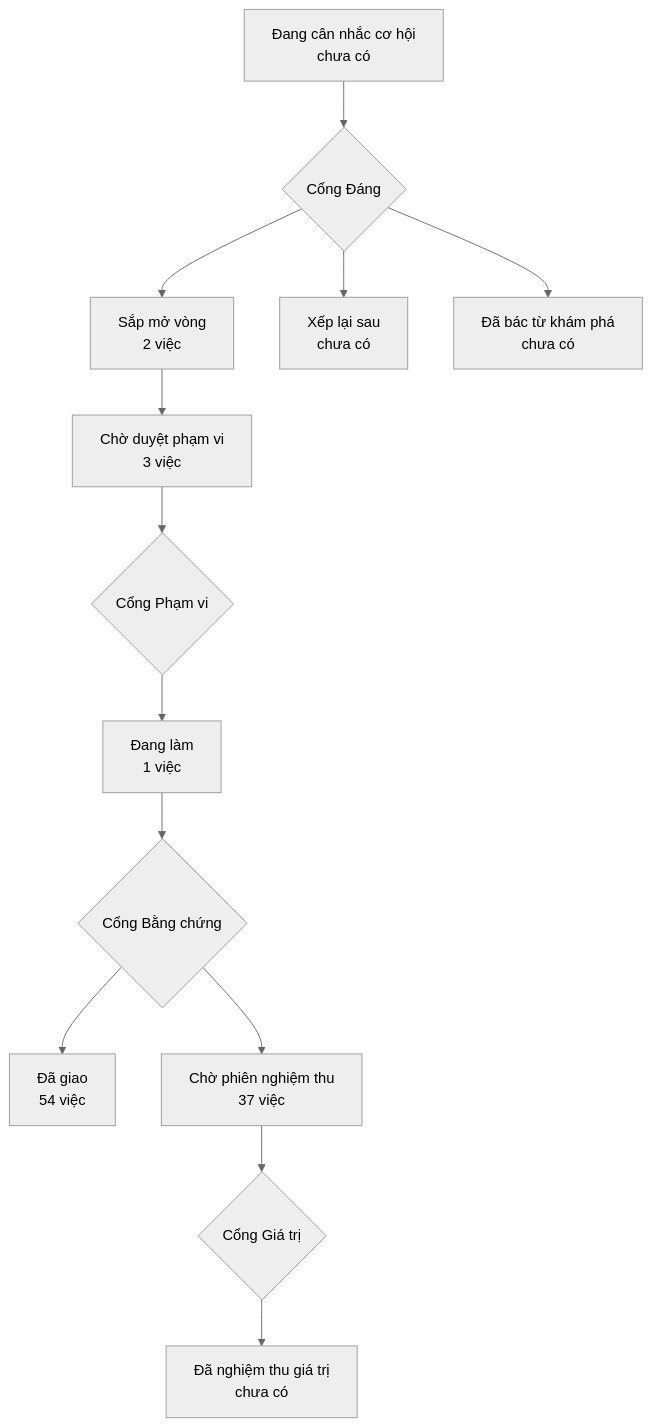
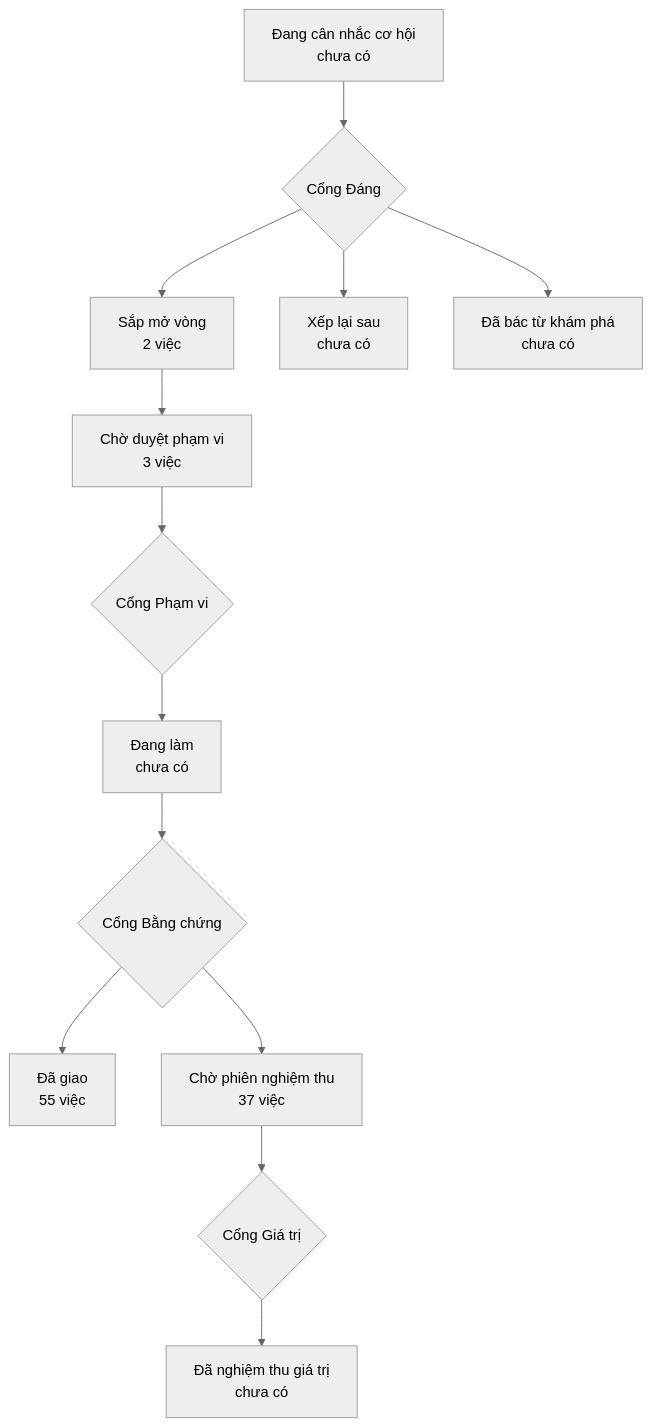
The diagram in PRODUCT-MAP.md (phanlemanh/onehub-invest), drawn with Mermaid (neutral theme) before and after one commit. The commit also changed other lines of this file and 7 other files, not shown here.

````diff
--- a/PRODUCT-MAP.md
+++ b/PRODUCT-MAP.md
@@ -7,12 +7,12 @@
 ```mermaid
 flowchart TD
   A["Đang cân nhắc cơ hội<br/>chưa có"] --> GD{"Cổng Đáng"}
   GD --> B["Sắp mở vòng<br/>2 việc"]
   GD --> XL["Xếp lại sau<br/>chưa có"]
   GD --> DB["Đã bác từ khám phá<br/>chưa có"]
   B --> CD["Chờ duyệt phạm vi<br/>3 việc"] --> GP{"Cổng Phạm vi"}
-  GP --> DL["Đang làm<br/>1 việc"] --> GB{"Cổng Bằng chứng"}
-  GB --> DG["Đã giao<br/>54 việc"]
+  GP --> DL["Đang làm<br/>chưa có"] --> GB{"Cổng Bằng chứng"}
+  GB --> DG["Đã giao<br/>55 việc"]
   GB --> CN["Chờ phiên nghiệm thu<br/>37 việc"] --> GG{"Cổng Giá trị"}
   GG --> NT["Đã nghiệm thu giá trị<br/>chưa có"]
 ```
````
